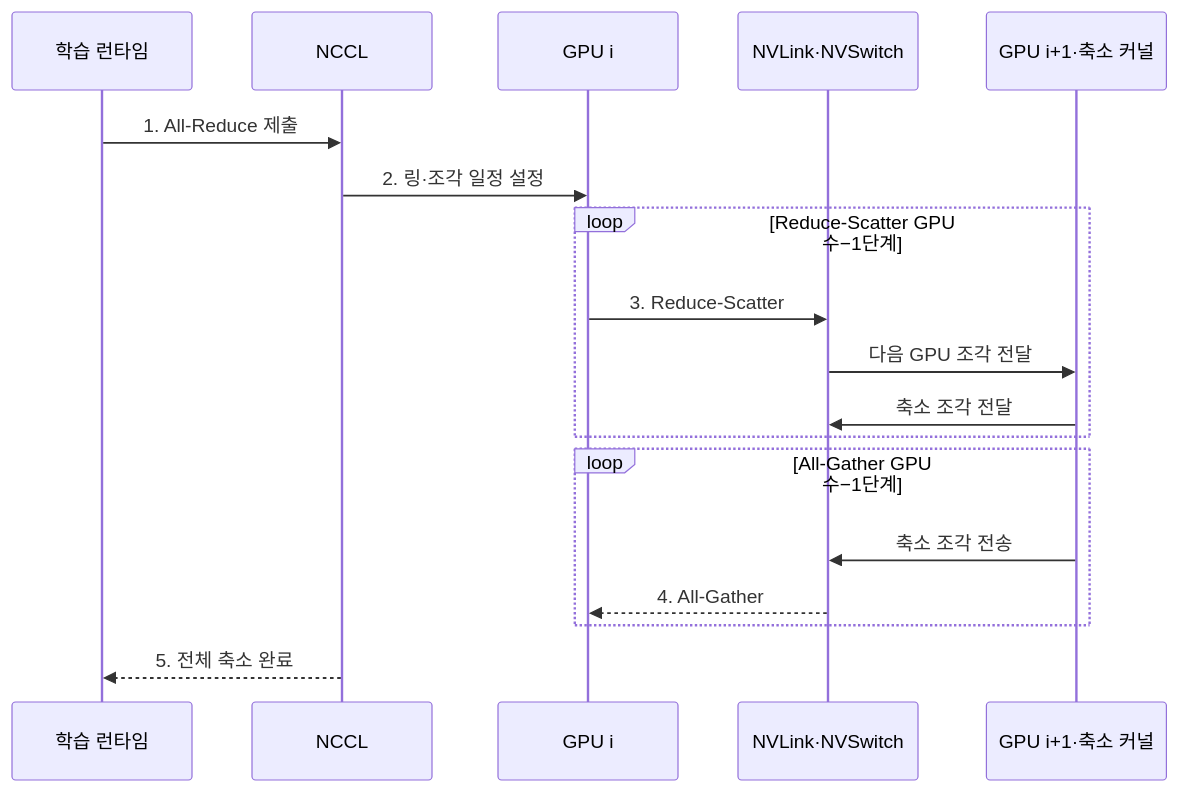
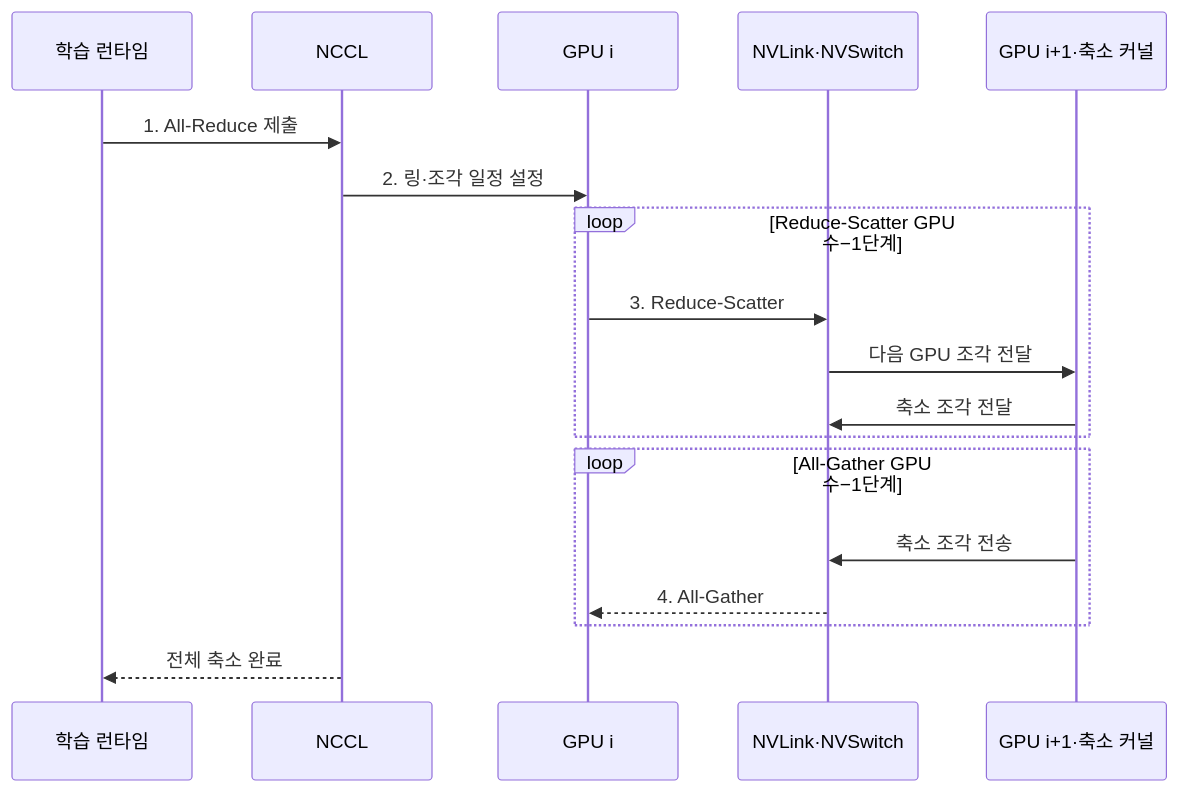
One commit to agnusdei1207/knowledge-base changed the second of 2 diagrams in src/content/docs/notes/02-hardware/047_nvlink.md. Above: the diagram before and after it, drawn with Mermaid. The commit also changed other lines of this file and 20 other files, not shown here.

````diff
--- a/src/content/docs/notes/02-hardware/047_nvlink.md
+++ b/src/content/docs/notes/02-hardware/047_nvlink.md
@@ -84,21 +84,21 @@
 ```mermaid
 sequenceDiagram
     participant A as 학습 런타임
     participant N as NCCL
     participant G1 as GPU i
     participant S as NVLink·NVSwitch
     participant G2 as GPU i+1·축소 커널
 
     A->>N: 1. All-Reduce 제출
     N->>G1: 2. 링·조각 일정 설정
     loop Reduce-Scatter GPU 수−1단계
         G1->>S: 3. Reduce-Scatter
         S->>G2: 다음 GPU 조각 전달
         G2->>S: 축소 조각 전달
     end
     loop All-Gather GPU 수−1단계
         G2->>S: 축소 조각 전송
         S-->>G1: 4. All-Gather
     end
-    N-->>A: 5. 전체 축소 완료
+    N-->>A: 전체 축소 완료
 ```
````
